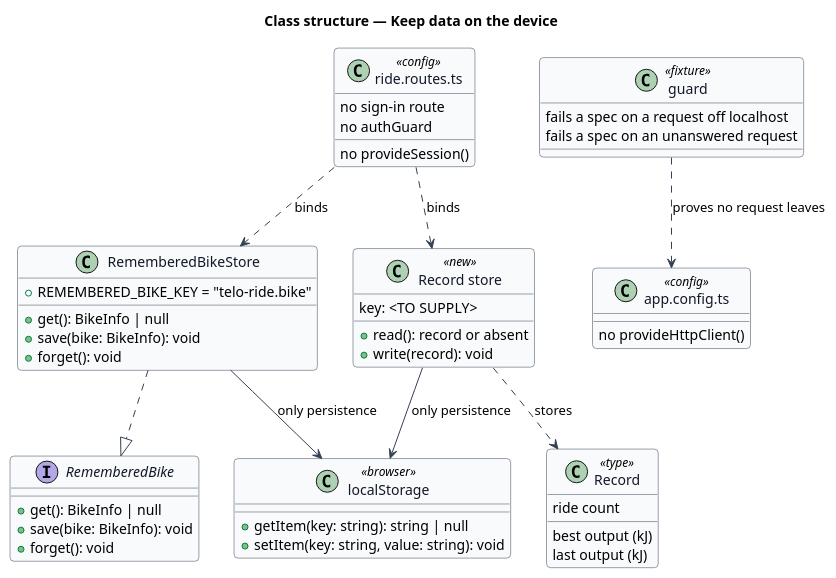
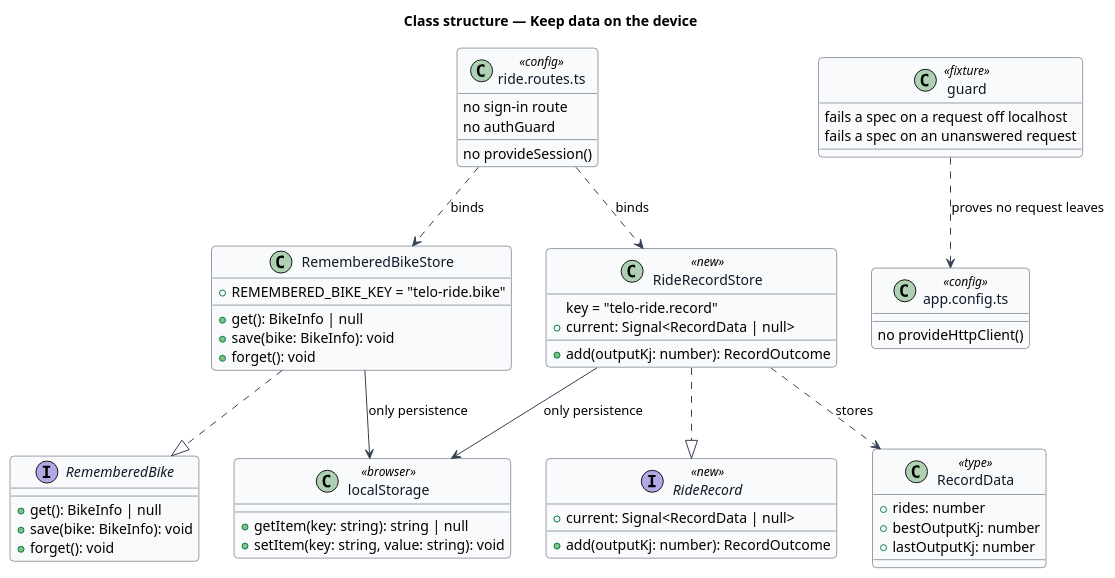
The diagram in docs/detailed-designs/security/keep-data-on-the-device/diagrams/class-structure.puml (QuinntyneBrown/ride-one), drawn with PlantUML before and after one commit. The commit also changed 33 other files, not shown here.

First line of the commit message:
Design security and platform for Telo Ride 1

```diff
--- a/docs/detailed-designs/security/keep-data-on-the-device/diagrams/class-structure.puml
+++ b/docs/detailed-designs/security/keep-data-on-the-device/diagrams/class-structure.puml
@@ -1,68 +1,74 @@
 @startuml
 ' --- shared skin header ---
 skinparam backgroundColor #FFFFFF
 skinparam shadowing false
 skinparam roundcorner 8
 skinparam defaultFontName Arial
 skinparam ArrowColor #344054
 skinparam class {
   BorderColor #344054
   FontColor #101828
   BackgroundColor #F9FAFB
 }
 ' --------------------------
 title Class structure — Keep data on the device
 
 interface RememberedBike {
   +get(): BikeInfo | null
   +save(bike: BikeInfo): void
   +forget(): void
 }
 
 class RememberedBikeStore {
   +REMEMBERED_BIKE_KEY = "telo-ride.bike"
   +get(): BikeInfo | null
   +save(bike: BikeInfo): void
   +forget(): void
 }
 
-class "Record store" as RecordStore <<new>> {
-  key: <TO SUPPLY>
-  +read(): record or absent
-  +write(record): void
+interface RideRecord <<new>> {
+  +current: Signal<RecordData | null>
+  +add(outputKj: number): RecordOutcome
 }
 
-class "Record" as Record <<type>> {
-  ride count
-  best output (kJ)
-  last output (kJ)
+class RideRecordStore <<new>> {
+  key = "telo-ride.record"
+  +current: Signal<RecordData | null>
+  +add(outputKj: number): RecordOutcome
+}
+
+class RecordData <<type>> {
+  +rides: number
+  +bestOutputKj: number
+  +lastOutputKj: number
 }
 
 class "localStorage" as LocalStorage <<browser>> {
   +getItem(key: string): string | null
   +setItem(key: string, value: string): void
 }
 
 class "ride.routes.ts" as Routes <<config>> {
   no sign-in route
   no authGuard
   no provideSession()
 }
 
 class "app.config.ts" as Config <<config>> {
   no provideHttpClient()
 }
 
 class "guard" as Guard <<fixture>> {
   fails a spec on a request off localhost
   fails a spec on an unanswered request
 }
 
 RememberedBikeStore ..|> RememberedBike
 RememberedBikeStore --> LocalStorage : only persistence
-RecordStore --> LocalStorage : only persistence
-RecordStore ..> Record : stores
+RideRecordStore ..|> RideRecord
+RideRecordStore --> LocalStorage : only persistence
+RideRecordStore ..> RecordData : stores
 Routes ..> RememberedBikeStore : binds
-Routes ..> RecordStore : binds
+Routes ..> RideRecordStore : binds
 Guard ..> Config : proves no request leaves
 @enduml
```
